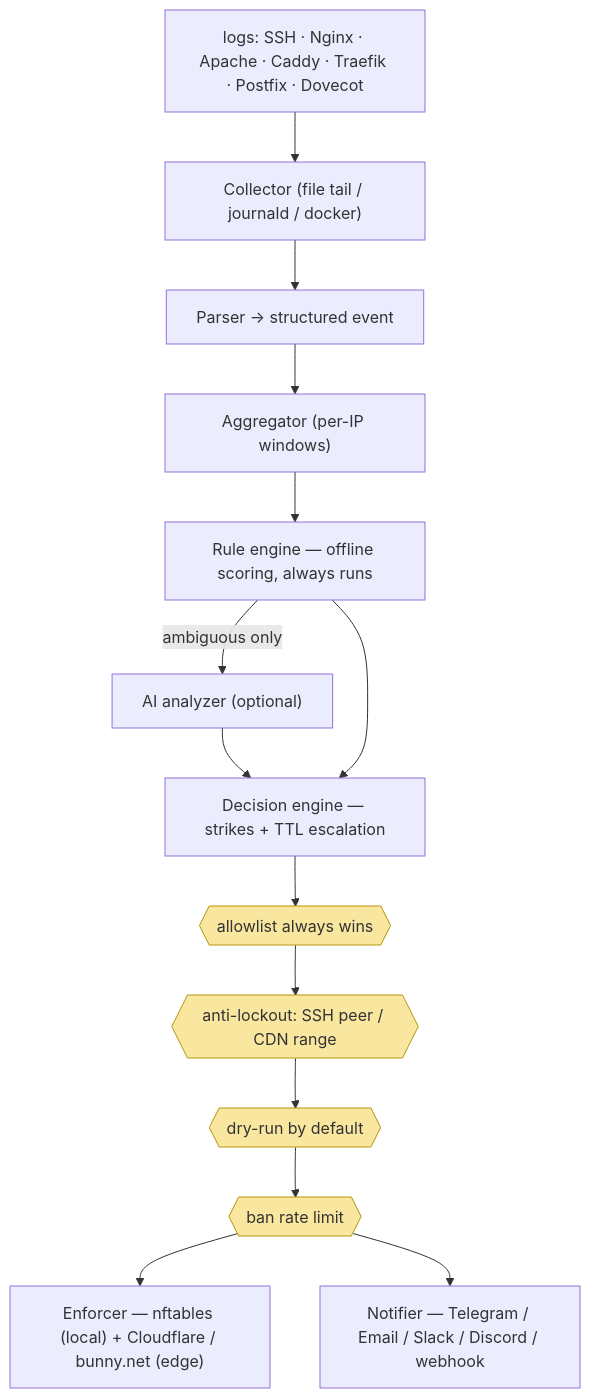
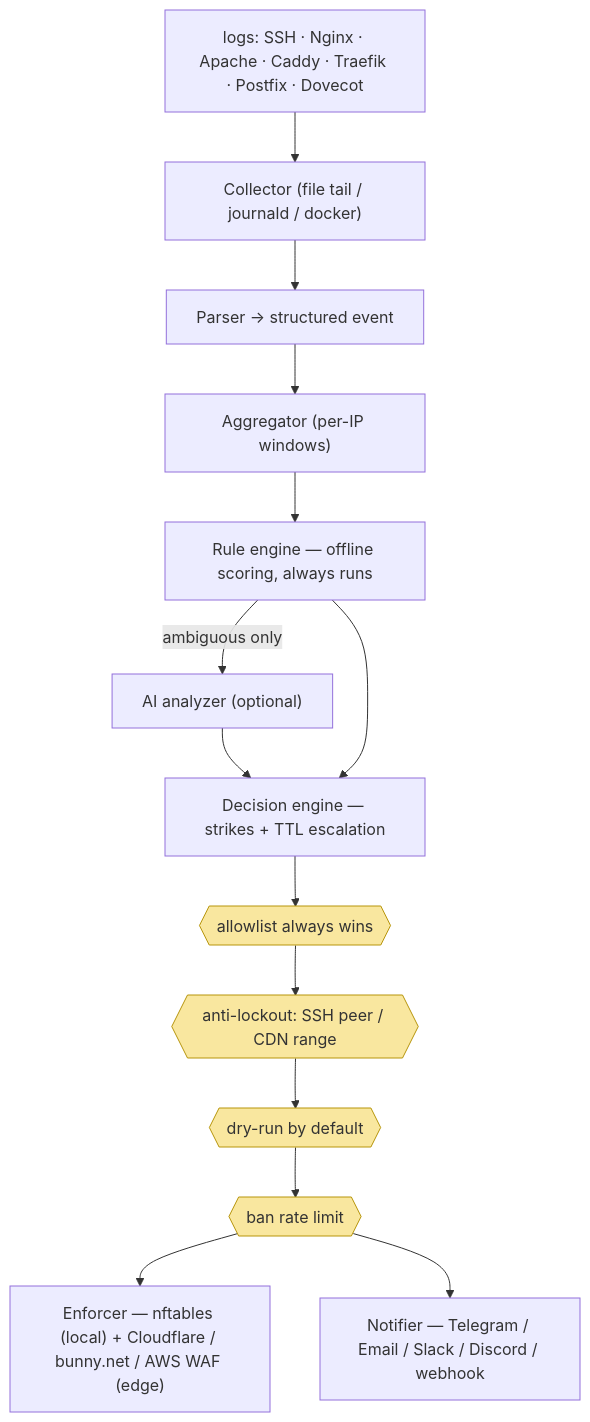
The diagram in README.md (evertramos/ezy-shield), drawn with Mermaid before and after one commit. The commit also changed other lines of this file and 17 other files, not shown here.

First line of the commit message:
feat(config): AWS WAF — config enforce.aws_waf, doctor, init e guia

````diff
--- a/README.md
+++ b/README.md
@@ -97,21 +97,21 @@
 ```mermaid
 flowchart TD
     L["logs: SSH · Nginx · Apache · Caddy · Traefik · Postfix · Dovecot"] --> C["Collector (file tail / journald / docker)"]
     C --> P["Parser → structured event"]
     P --> A["Aggregator (per-IP windows)"]
     A --> R["Rule engine — offline scoring, always runs"]
     R -->|ambiguous only| AI["AI analyzer (optional)"]
     AI --> D
     R --> D["Decision engine — strikes + TTL escalation"]
     D --> G1{{"allowlist always wins"}}
     G1 --> G2{{"anti-lockout: SSH peer / CDN range"}}
     G2 --> G3{{"dry-run by default"}}
     G3 --> G4{{"ban rate limit"}}
-    G4 --> E["Enforcer — nftables (local) + Cloudflare / bunny.net (edge)"]
+    G4 --> E["Enforcer — nftables (local) + Cloudflare / bunny.net / AWS WAF (edge)"]
     G4 --> N["Notifier — Telegram / Email / Slack / Discord / webhook"]
 
     style G1 fill:#f9e79f,stroke:#b7950b
     style G2 fill:#f9e79f,stroke:#b7950b
     style G3 fill:#f9e79f,stroke:#b7950b
     style G4 fill:#f9e79f,stroke:#b7950b
 ```
````
